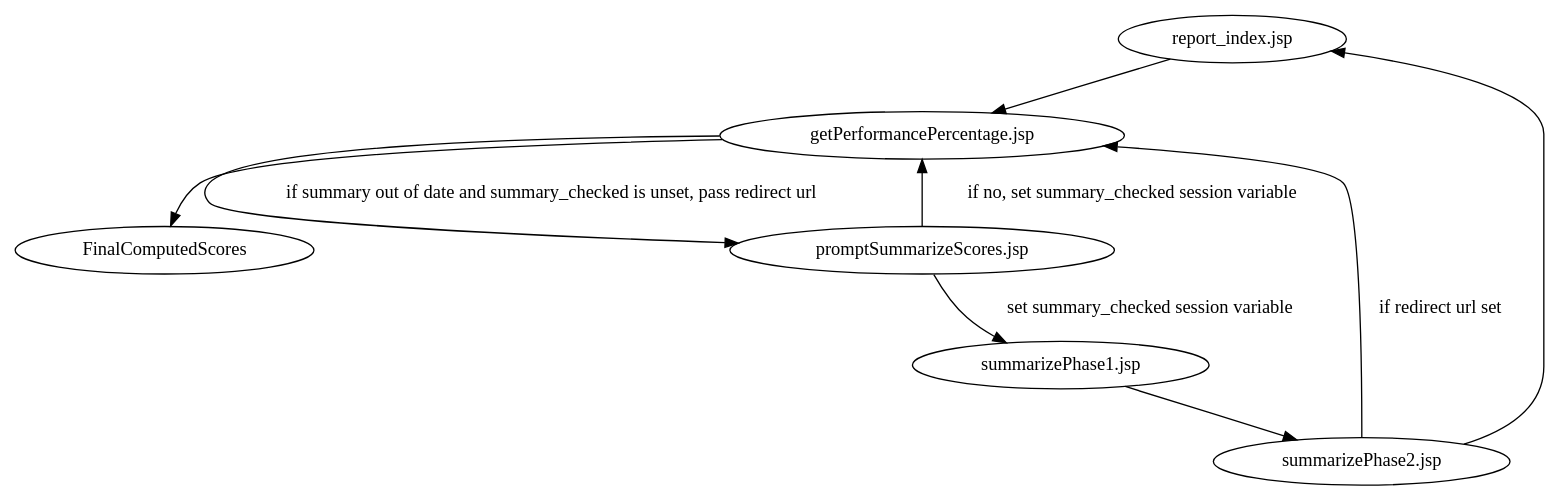
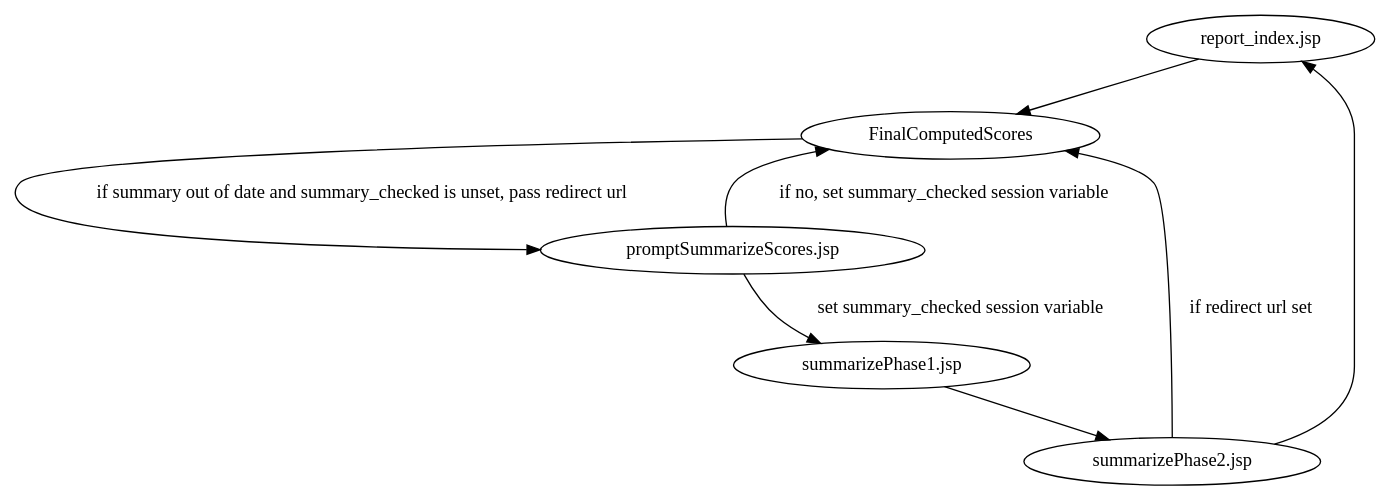
The diagram in scoring/docs/workflows/final-computed-scores.dot (jpschewe/fll-sw), drawn with Graphviz before and after one commit. The commit also changed 8 other files, not shown here.

First line of the commit message:
Add performance advancement percentage to the database

```diff
--- a/scoring/docs/workflows/final-computed-scores.dot
+++ b/scoring/docs/workflows/final-computed-scores.dot
@@ -1,22 +1,18 @@
 digraph FinalComputedScores {
 
-"report_index.jsp" -> "getPerformancePercentage.jsp";
+"report_index.jsp" -> FinalComputedScores;
 
-"getPerformancePercentage.jsp" -> FinalComputedScores;
-
-"getPerformancePercentage.jsp" -> "promptSummarizeScores.jsp" [label="if summary out of date and summary_checked is unset, pass redirect url"];
-
+FinalComputedScores -> "promptSummarizeScores.jsp" [label="if summary out of date and summary_checked is unset, pass redirect url"];
 
 "promptSummarizeScores.jsp" -> "summarizePhase1.jsp" [label="set summary_checked session variable"];
 
-"promptSummarizeScores.jsp" -> "getPerformancePercentage.jsp" [label="if no, set summary_checked session variable"];
-
+"promptSummarizeScores.jsp" -> FinalComputedScores [label="if no, set summary_checked session variable"];
 
 "summarizePhase1.jsp" -> "summarizePhase2.jsp";
 
 "summarizePhase2.jsp" -> "report_index.jsp";
 
-"summarizePhase2.jsp" -> "getPerformancePercentage.jsp" [label="if redirect url set"];
+"summarizePhase2.jsp" -> FinalComputedScores [label="if redirect url set"];
 
 
 }
```
